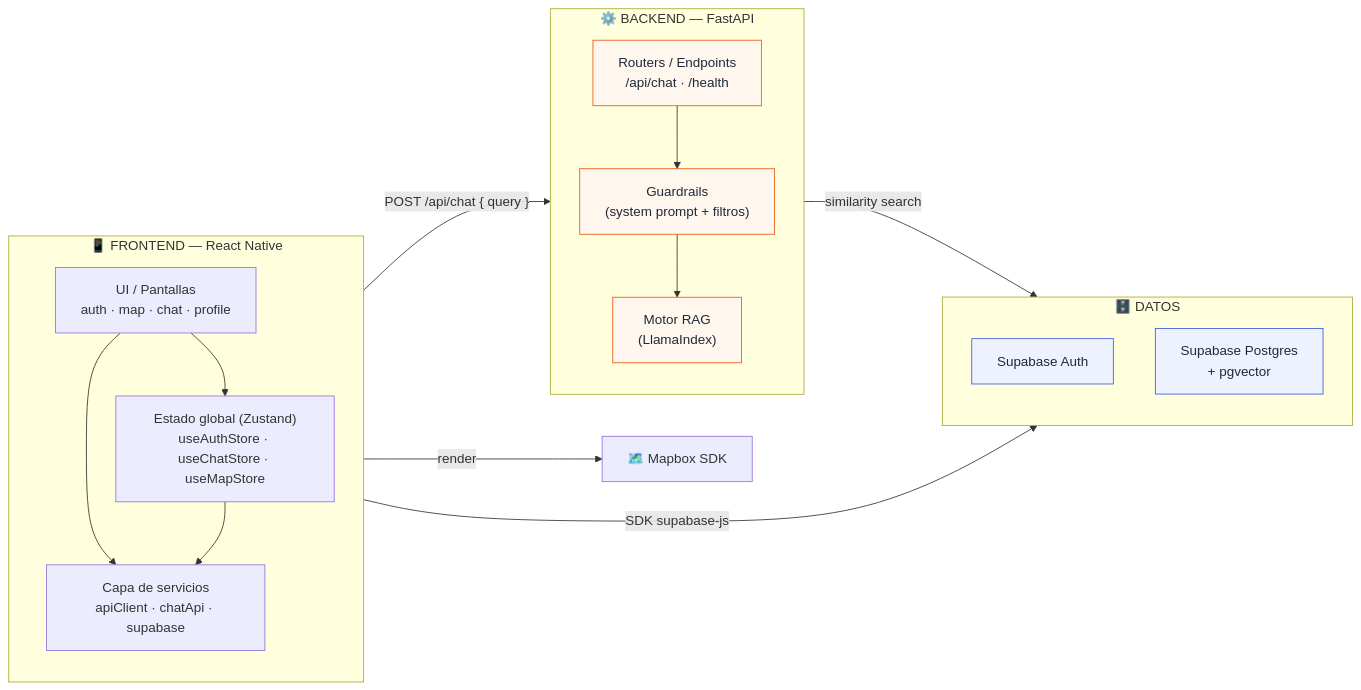
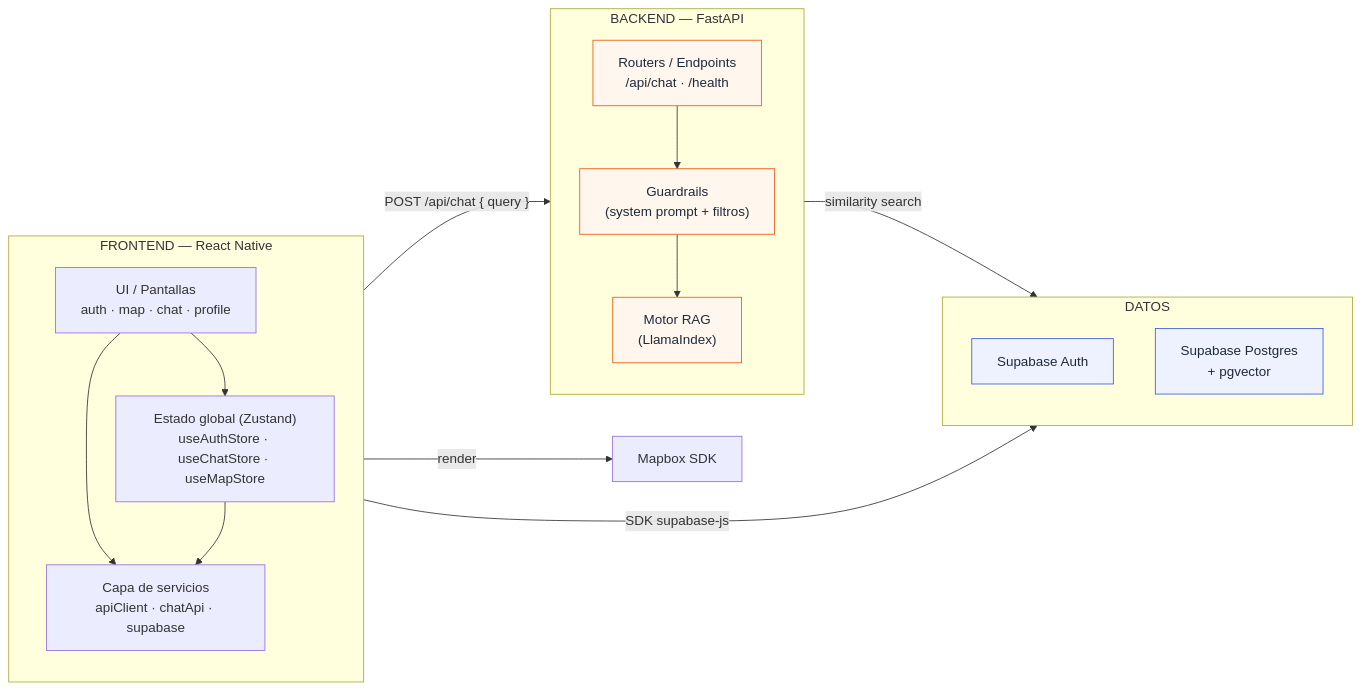
Before and after one commit to frank777ch/OndeSanMarcos: the second of 5 diagrams in documents/01-arquitectura-general.md, drawn with Mermaid. The commit also changed other lines of this file and 7 other files, not shown here.

````diff
--- a/documents/01-arquitectura-general.md
+++ b/documents/01-arquitectura-general.md
@@ -47,37 +47,37 @@
 ```mermaid
 graph LR
-    subgraph FE["📱 FRONTEND — React Native"]
+    subgraph FE["FRONTEND — React Native"]
         direction TB
         ui["UI / Pantallas<br/>auth · map · chat · profile"]
         state["Estado global (Zustand)<br/>useAuthStore · useChatStore · useMapStore"]
         svc["Capa de servicios<br/>apiClient · chatApi · supabase"]
         ui --> state
         ui --> svc
         state --> svc
     end
 
-    subgraph BE["⚙️ BACKEND — FastAPI"]
+    subgraph BE["BACKEND — FastAPI"]
         direction TB
         api["Routers / Endpoints<br/>/api/chat · /health"]
         rag["Motor RAG<br/>(LlamaIndex)"]
         guard["Guardrails<br/>(system prompt + filtros)"]
         api --> guard --> rag
     end
 
-    subgraph DATA["🗄️ DATOS"]
+    subgraph DATA["DATOS"]
         direction TB
         auth["Supabase Auth"]
         vector["Supabase Postgres<br/>+ pgvector"]
     end
 
     svc -->|"SDK supabase-js"| auth
     svc -->|"POST /api/chat { query }"| api
     rag -->|"similarity search"| vector
-    mapbox["🗺️ Mapbox SDK"]
+    mapbox["Mapbox SDK"]
     ui -->|render| mapbox
 
     classDef be fill:#fff7ed,stroke:#ea580c,color:#1e293b;
     classDef data fill:#eef2ff,stroke:#3b5bdb,color:#1e293b;
     class api,rag,guard be;
     class auth,vector data;
 ```
````
